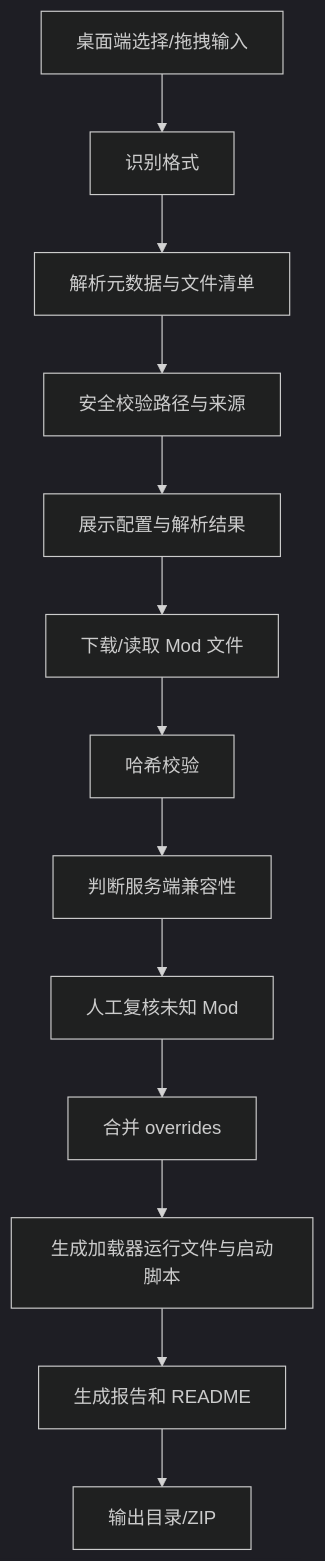
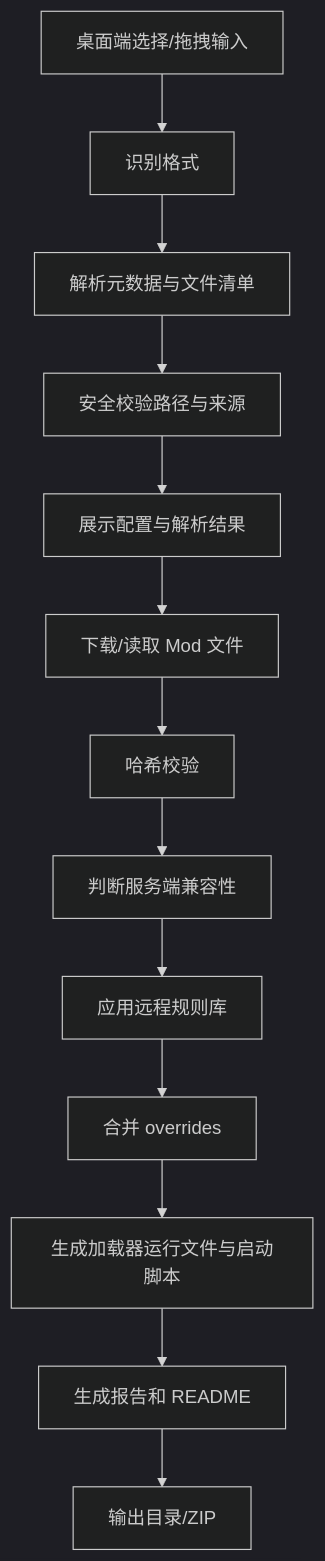
Before and after one commit to xutongxue233/minecraft-modpack-to-serverpack: the diagram in docs/requirements.md, drawn with Mermaid (dark theme). The commit also changed other lines of this file and 30 other files, not shown here.

````diff
--- a/docs/requirements.md
+++ b/docs/requirements.md
@@ -326,15 +323,15 @@
 ```mermaid
 flowchart TD
   A["桌面端选择/拖拽输入"] --> B["识别格式"]
   B --> C["解析元数据与文件清单"]
   C --> D["安全校验路径与来源"]
   D --> E["展示配置与解析结果"]
   E --> F["下载/读取 Mod 文件"]
   F --> G["哈希校验"]
   G --> H["判断服务端兼容性"]
-  H --> I["人工复核未知 Mod"]
+  H --> I["应用远程规则库"]
   I --> J["合并 overrides"]
   J --> K["生成加载器运行文件与启动脚本"]
   K --> L["生成报告和 README"]
   L --> M["输出目录/ZIP"]
 ```
````
